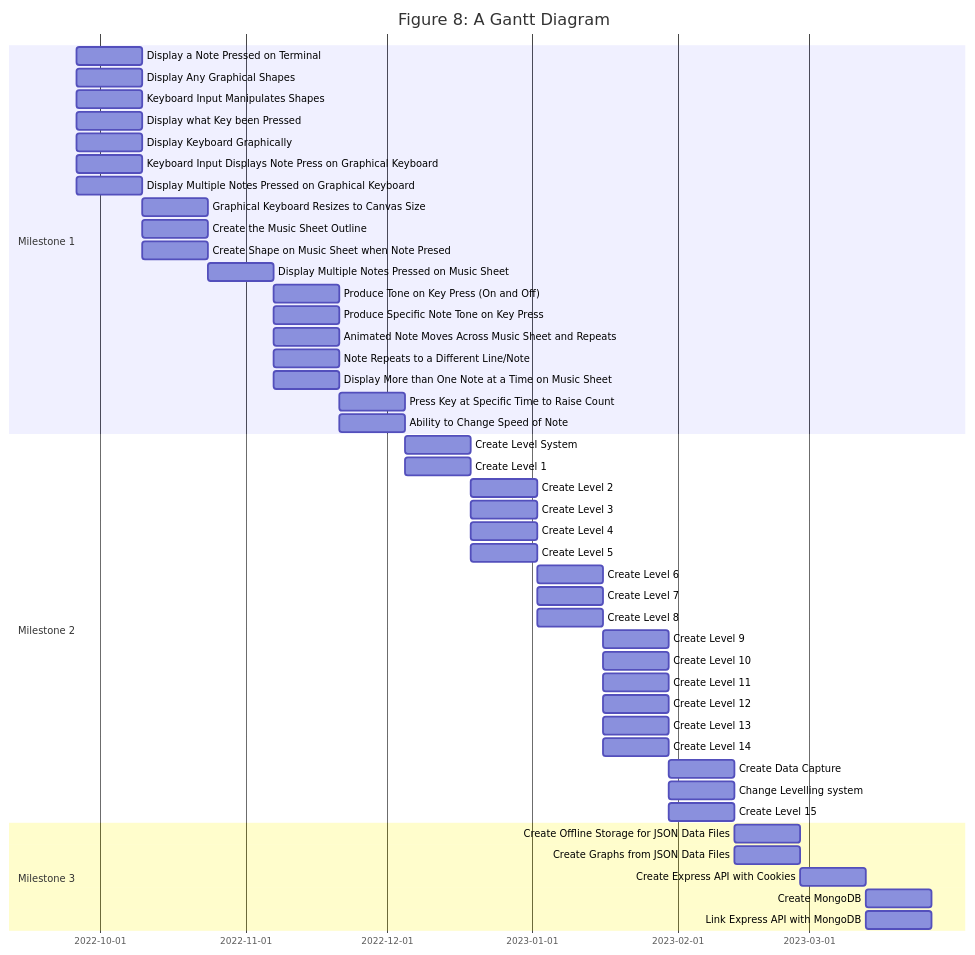
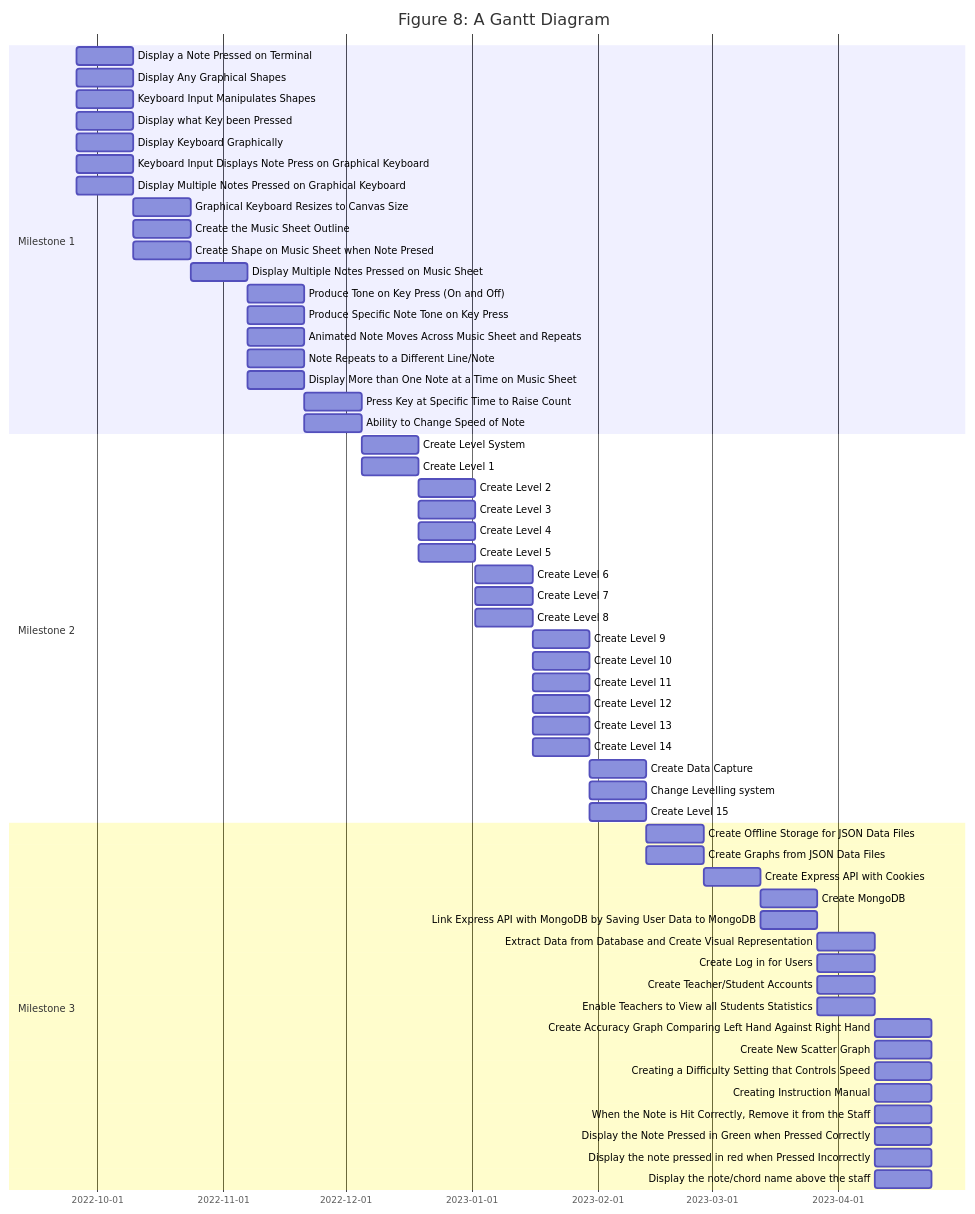
One commit to KieranBest/Final-Year-Project changed the diagram in Documentation.md. Above: the diagram before and after it, drawn with Mermaid. The commit also changed other lines of this file and 38 other files, not shown here.

````diff
--- a/Documentation.md
+++ b/Documentation.md
@@ -291,53 +292,65 @@
 ```mermaid
 gantt
     title Figure 8: A Gantt Diagram
     dateFormat  YYYY-MM-DD
 
     section Milestone 1
     Display a Note Pressed on Terminal                        :a1, 2022-09-26, 14d
     Display Any Graphical Shapes                              :a1, 2022-09-26, 14d
     Keyboard Input Manipulates Shapes                         :a1, 2022-09-26, 14d
     Display what Key been Pressed                             :a1, 2022-09-26, 14d
     Display Keyboard Graphically                              :a1, 2022-09-26, 14d
     Keyboard Input Displays Note Press on Graphical Keyboard  :a1, 2022-09-26, 14d
     Display Multiple Notes Pressed on Graphical Keyboard      :a1, 2022-09-26, 14d
     Graphical Keyboard Resizes to Canvas Size                 :a2, after a1, 14d
     Create the Music Sheet Outline                            :a2, after a1, 14d
     Create Shape on Music Sheet when Note Presed              :a2, after a1, 14d
     Display Multiple Notes Pressed on Music Sheet             :a3, after a2, 14d
     Produce Tone on Key Press (On and Off)                    :a4, after a3, 14d
     Produce Specific Note Tone on Key Press                   :a4, after a3, 14d
     Animated Note Moves Across Music Sheet and Repeats        :a4, after a3, 14d
     Note Repeats to a Different Line/Note                     :a4, after a3, 14d
     Display More than One Note at a Time on Music Sheet       :a4, after a3, 14d
     Press Key at Specific Time to Raise Count                 :a5, after a4, 14d
     Ability to Change Speed of Note                           :a5, after a4, 14d
 
     section Milestone 2
     Create Level System                                       :a6, after a5, 14d
     Create Level 1                                            :a6, after a5, 14d
     Create Level 2                                            :a7, after a6, 14d
     Create Level 3                                            :a7, after a6, 14d
     Create Level 4                                            :a7, after a6, 14d
     Create Level 5                                            :a7, after a6, 14d
     Create Level 6                                            :a8, after a7, 14d
     Create Level 7                                            :a8, after a7, 14d
     Create Level 8                                            :a8, after a7, 14d
     Create Level 9                                            :a9, after a8, 14d
     Create Level 10                                           :a9, after a8, 14d
     Create Level 11                                           :a9, after a8, 14d
     Create Level 12                                           :a9, after a8, 14d
     Create Level 13                                           :a9, after a8, 14d
     Create Level 14                                           :a9, after a8, 14d
     Create Data Capture                                       :a10, after a9, 14d
     Change Levelling system                                   :a10, after a9, 14d
     Create Level 15                                           :a10, after a9, 14d
 
     section Milestone 3
     Create Offline Storage for JSON Data Files                :a11, after a10, 14d
     Create Graphs from JSON Data Files                        :a11, after a10, 14d
     Create Express API with Cookies                           :a12, after a11, 14d
     Create MongoDB                                            :a13, after a12, 14d
-    Link Express API with MongoDB                             :a13, after a12, 14d
+    Link Express API with MongoDB by Saving User Data to MongoDB  :a13, after a12, 14d
+    Extract Data from Database and Create Visual Representation   :a14, after a13, 14d
+    Create Log in for Users                                       :a14, after a13, 14d
+    Create Teacher/Student Accounts                               :a14, after a13, 14d
+    Enable Teachers to View all Students Statistics               :a14, after a13, 14d
+    Create Accuracy Graph Comparing Left Hand Against Right Hand  :a15, after a14, 14d
+    Create New Scatter Graph                                      :a15, after a14, 14d
+    Creating a Difficulty Setting that Controls Speed             :a15, after a14, 14d
+    Creating Instruction Manual                                   :a15, after a14, 14d
+    When the Note is Hit Correctly, Remove it from the Staff      :a15, after a14, 14d
+    Display the Note Pressed in Green when Pressed Correctly      :a15, after a14, 14d
+    Display the note pressed in red when Pressed Incorrectly      :a15, after a14, 14d
+    Display the note/chord name above the staff                   :a15, after a14, 14d
 
 ```
````
